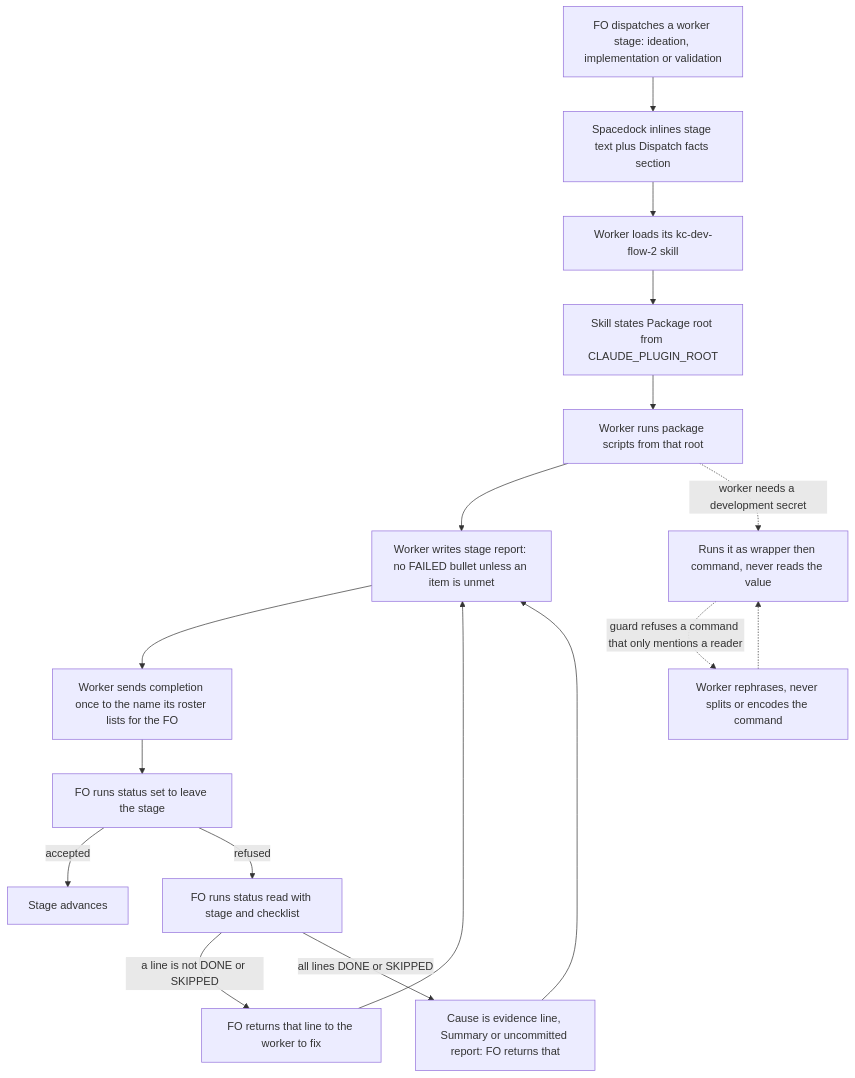
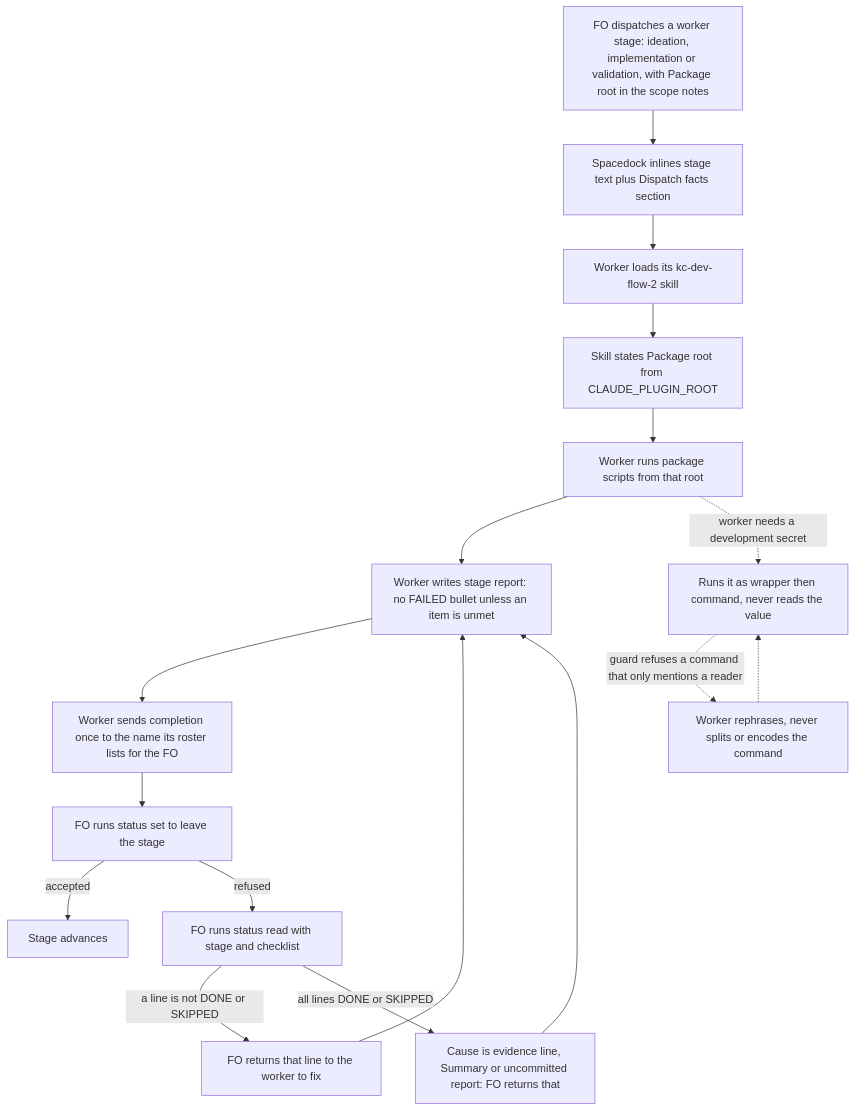
The diagram in dispatch-and-report-hygiene.md (iamcxa/kc-claude-plugins), drawn with Mermaid before and after one commit. The commit also changed other lines of this file, not shown here.

Commit message:
state: update dispatch-and-report-hygiene

````diff
--- a/dispatch-and-report-hygiene.md
+++ b/dispatch-and-report-hygiene.md
@@ -149,19 +149,19 @@
 ```mermaid
 flowchart TD
-    A[FO dispatches a worker stage: ideation, implementation or validation] --> B[Spacedock inlines stage text plus Dispatch facts section]
+    A[FO dispatches a worker stage: ideation, implementation or validation, with Package root in the scope notes] --> B[Spacedock inlines stage text plus Dispatch facts section]
     B --> C[Worker loads its kc-dev-flow-2 skill]
     C --> D[Skill states Package root from CLAUDE_PLUGIN_ROOT]
     D --> E[Worker runs package scripts from that root]
     E --> F[Worker writes stage report: no FAILED bullet unless an item is unmet]
     F --> G[Worker sends completion once to the name its roster lists for the FO]
     G --> H[FO runs status set to leave the stage]
     H -->|accepted| I[Stage advances]
     H -->|refused| J[FO runs status read with stage and checklist]
     J -->|a line is not DONE or SKIPPED| K[FO returns that line to the worker to fix]
     K --> F
     J -->|all lines DONE or SKIPPED| L[Cause is evidence line, Summary or uncommitted report: FO returns that]
     L --> F
     E -.->|worker needs a development secret| M[Runs it as wrapper then command, never reads the value]
     M -.->|guard refuses a command that only mentions a reader| N[Worker rephrases, never splits or encodes the command]
     N -.-> M
 ```
````
